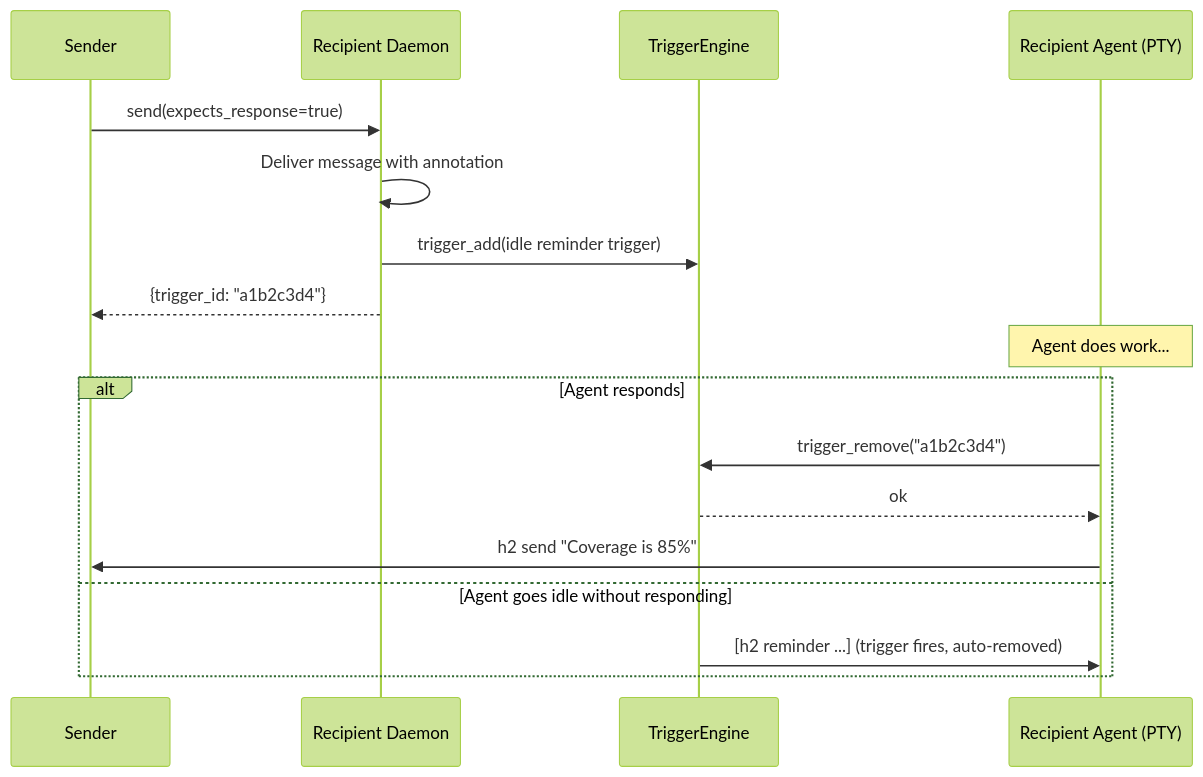
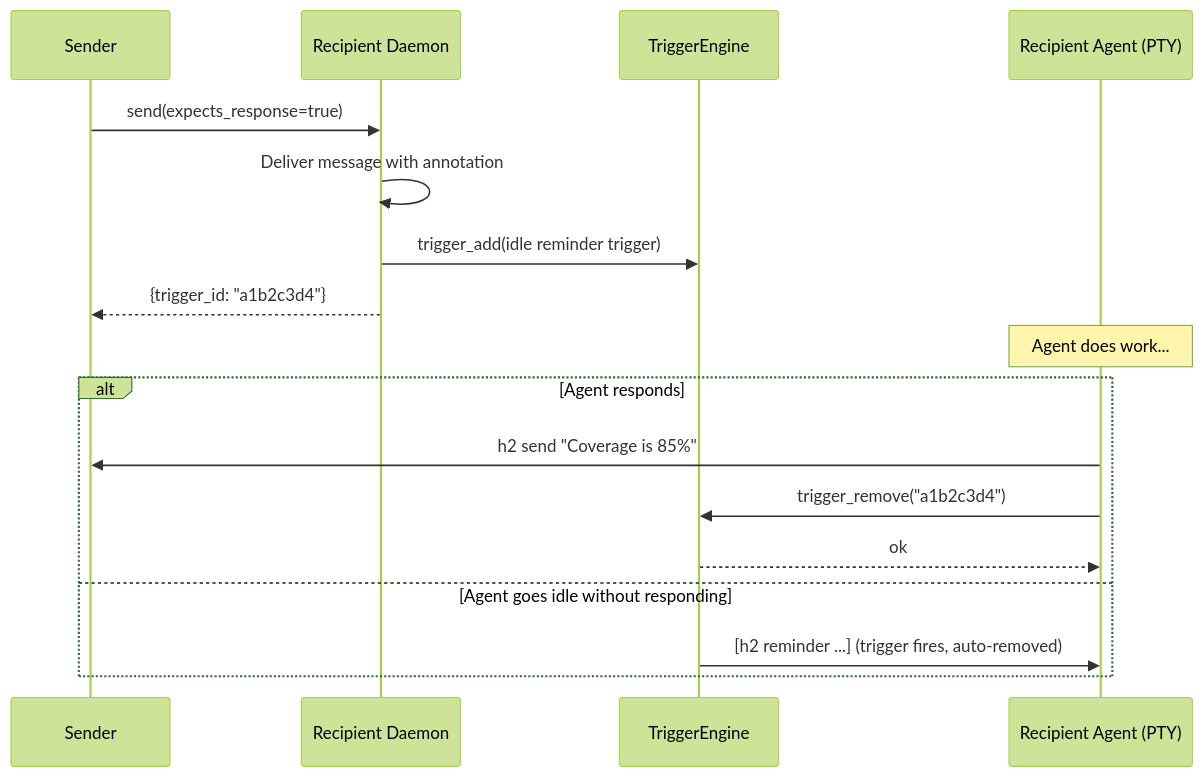
One commit to mikeschinkel/h2 changed the diagram in docs/design-expects-response.md. Above: the diagram before and after it, drawn with Mermaid (forest theme). The commit also changed other lines of this file and 1 other file, not shown here.

````diff
--- a/docs/design-expects-response.md
+++ b/docs/design-expects-response.md
@@ -95,22 +96,22 @@
 ```mermaid
 sequenceDiagram
     participant Sender
     participant RecipDaemon as Recipient Daemon
     participant TE as TriggerEngine
     participant Agent as Recipient Agent (PTY)
 
     Sender->>RecipDaemon: send(expects_response=true)
     RecipDaemon->>RecipDaemon: Deliver message with annotation
     RecipDaemon->>TE: trigger_add(idle reminder trigger)
     RecipDaemon-->>Sender: {trigger_id: "a1b2c3d4"}
 
     Note over Agent: Agent does work...
 
     alt Agent responds
+        Agent->>Sender: h2 send "Coverage is 85%"
         Agent->>TE: trigger_remove("a1b2c3d4")
         TE-->>Agent: ok
-        Agent->>Sender: h2 send "Coverage is 85%"
     else Agent goes idle without responding
         TE->>Agent: [h2 reminder ...] (trigger fires, auto-removed)
     end
 ```
````
